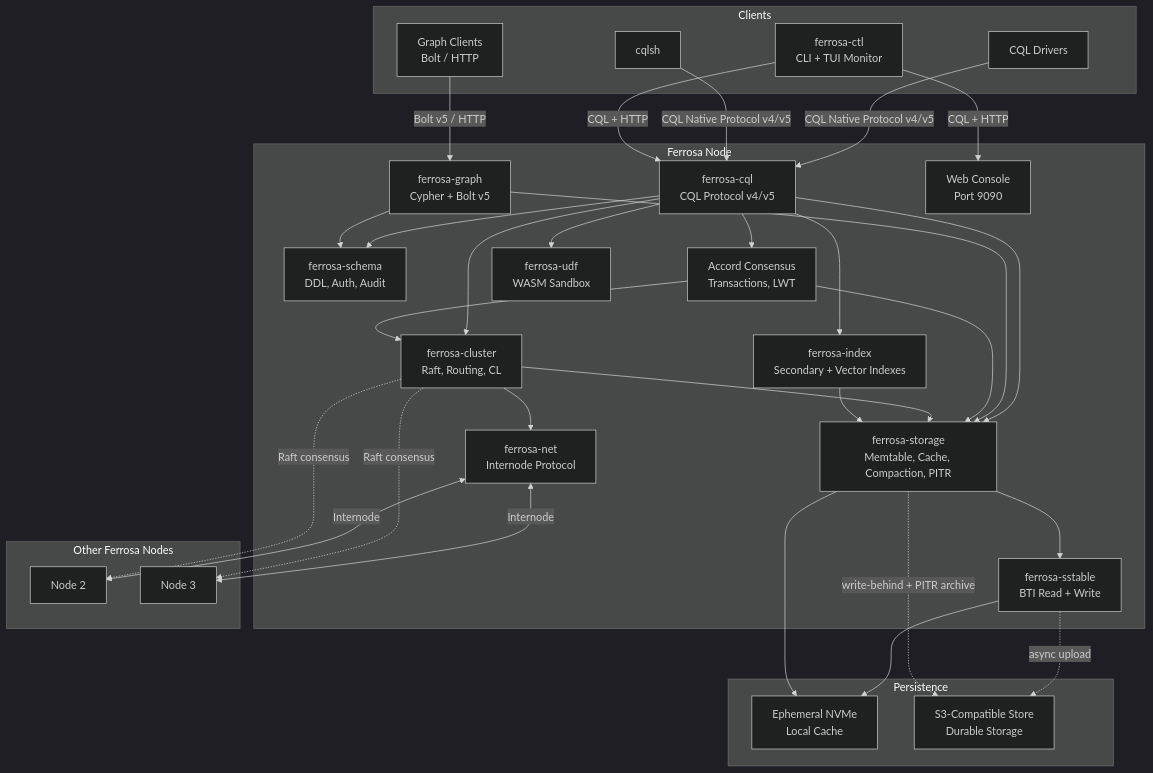
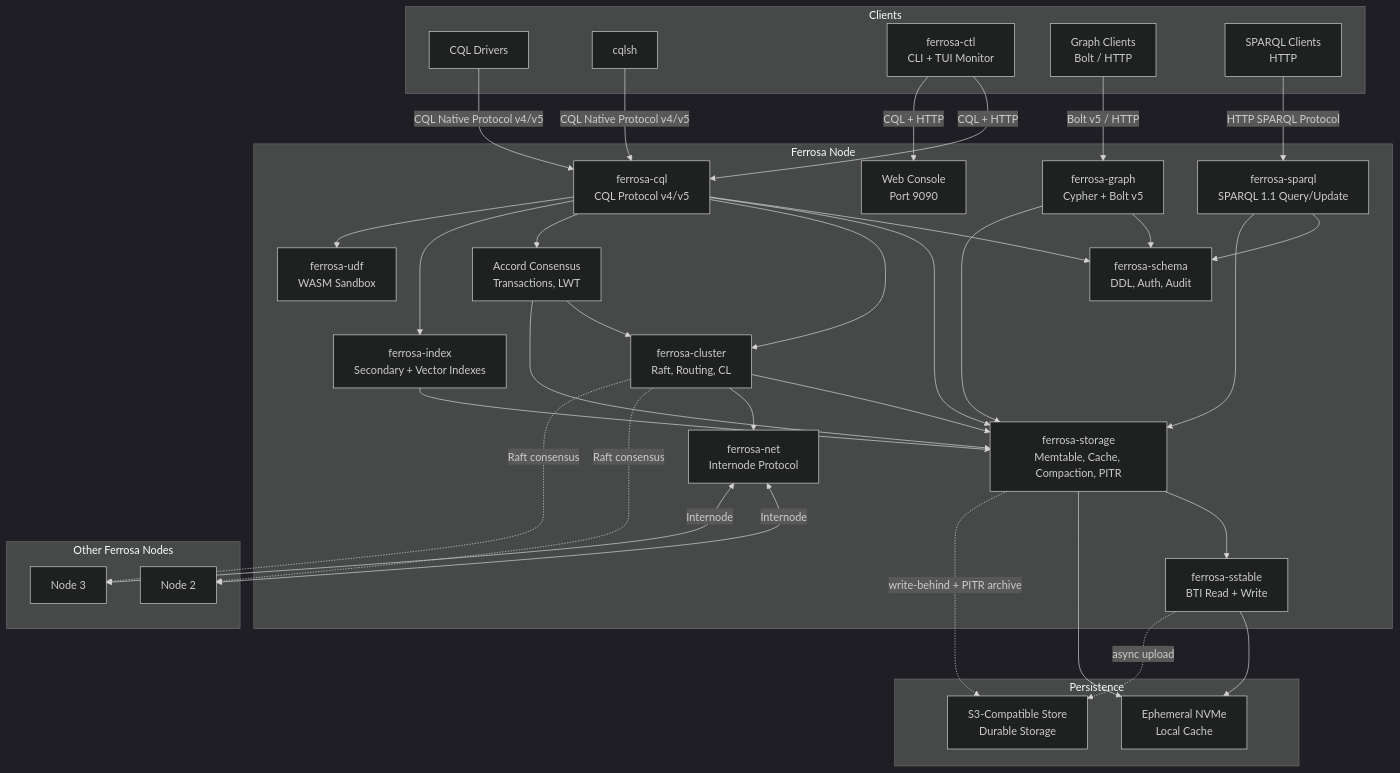
Before and after one commit to ferrosadb/ferrosa: the first of 2 diagrams in specs/overview.md, drawn with Mermaid (dark theme). The commit also changed other lines of this file and 2 other files, not shown here.

First line of the commit message:
docs: add SPARQL to architecture specs and marketing site

````diff
--- a/specs/overview.md
+++ b/specs/overview.md
@@ -12,57 +12,62 @@
 ```mermaid
 graph TB
     subgraph Clients
         D1[CQL Drivers]
         D2[cqlsh]
         D3[ferrosa-ctl<br/>CLI + TUI Monitor]
         D4[Graph Clients<br/>Bolt / HTTP]
+        D5[SPARQL Clients<br/>HTTP]
     end
 
     subgraph "Ferrosa Node"
         CQL[ferrosa-cql<br/>CQL Protocol v4/v5]
         Graph[ferrosa-graph<br/>Cypher + Bolt v5]
+        SPARQL[ferrosa-sparql<br/>SPARQL 1.1 Query/Update]
         Schema[ferrosa-schema<br/>DDL, Auth, Audit]
         Cluster[ferrosa-cluster<br/>Raft, Routing, CL]
         Accord[Accord Consensus<br/>Transactions, LWT]
         Index[ferrosa-index<br/>Secondary + Vector Indexes]
         UDF[ferrosa-udf<br/>WASM Sandbox]
         Storage[ferrosa-storage<br/>Memtable, Cache, Compaction, PITR]
         SST[ferrosa-sstable<br/>BTI Read + Write]
         Net[ferrosa-net<br/>Internode Protocol]
         Web[Web Console<br/>Port 9090]
     end
 
     subgraph "Persistence"
         NVMe[Ephemeral NVMe<br/>Local Cache]
         S3[S3-Compatible Store<br/>Durable Storage]
     end
 
     subgraph "Other Ferrosa Nodes"
         N2[Node 2]
         N3[Node 3]
     end
 
     D1 & D2 -->|CQL Native Protocol v4/v5| CQL
     D3 -->|CQL + HTTP| CQL & Web
     D4 -->|Bolt v5 / HTTP| Graph
+    D5 -->|HTTP SPARQL Protocol| SPARQL
     CQL --> Schema
     CQL --> Storage
     CQL --> Cluster
     CQL --> Accord
     CQL --> Index
     CQL --> UDF
     Graph --> Schema
     Graph --> Storage
+    SPARQL --> Schema
+    SPARQL --> Storage
     Accord --> Cluster
     Accord --> Storage
     Cluster --> Storage
     Index --> Storage
     Cluster --> Net
     Storage --> SST
     SST --> NVMe
     SST -.->|async upload| S3
     Storage --> NVMe
     Storage -.->|write-behind + PITR archive| S3
     Net <-->|Internode| N2 & N3
     Cluster -.->|Raft consensus| N2 & N3
 ```
````
